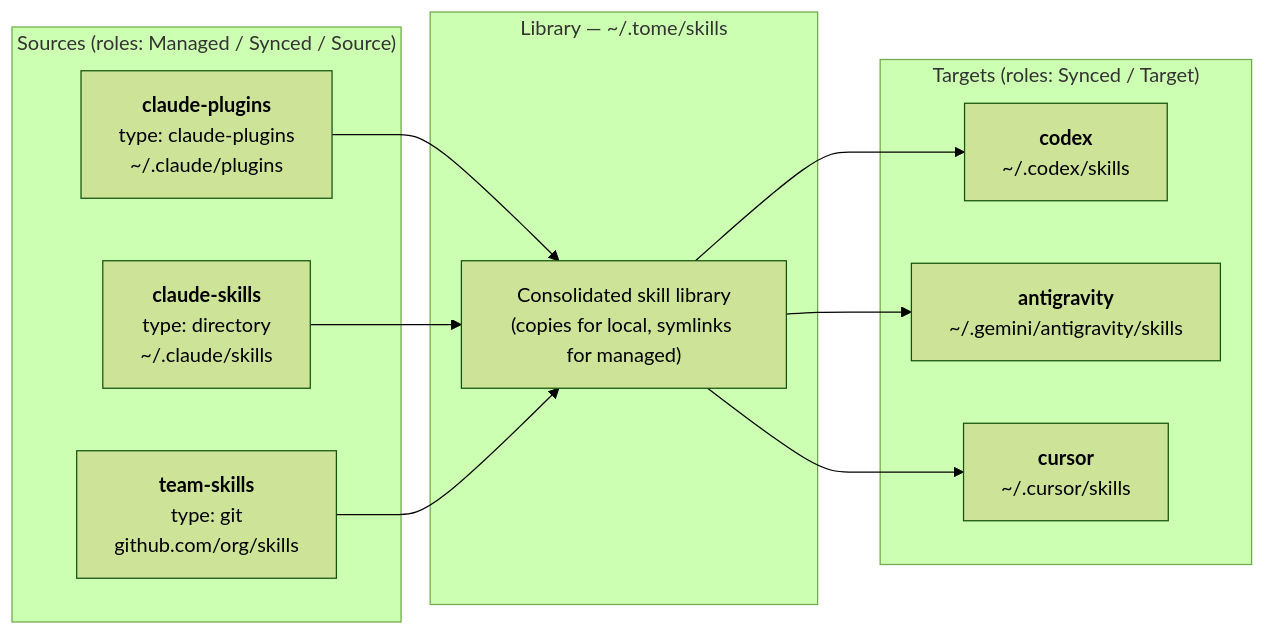
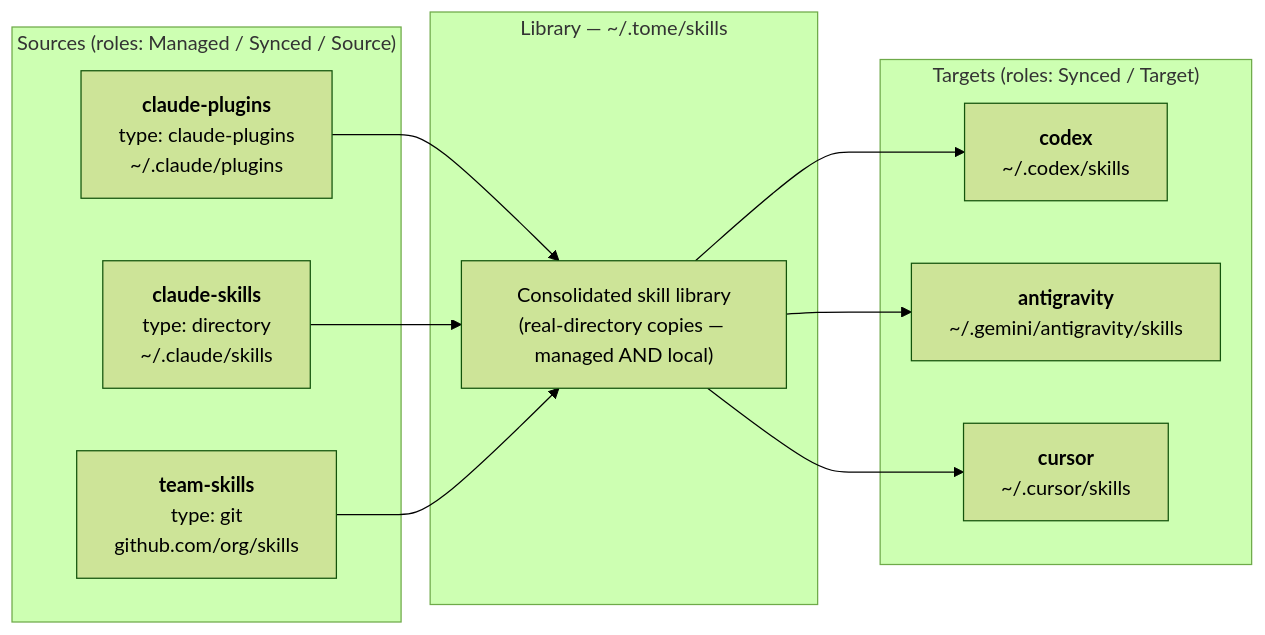
The diagram in docs/src/introduction.md (MartinP7r/tome), drawn with Mermaid (forest theme) before and after one commit. The commit also changed other lines of this file and 4 other files, not shown here.

````diff
--- a/docs/src/introduction.md
+++ b/docs/src/introduction.md
@@ -39,25 +39,25 @@
 ```mermaid
 graph LR
     subgraph Sources["Sources (roles: Managed / Synced / Source)"]
         S1["<b>claude-plugins</b><br/>type: claude-plugins<br/>~/.claude/plugins"]
         S2["<b>claude-skills</b><br/>type: directory<br/>~/.claude/skills"]
         S3["<b>team-skills</b><br/>type: git<br/>github.com/org/skills"]
     end
 
     subgraph Library["Library — ~/.tome/skills"]
-        L["Consolidated skill library<br/>(copies for local, symlinks for managed)"]
+        L["Consolidated skill library<br/>(real-directory copies — managed AND local)"]
     end
 
     subgraph Targets["Targets (roles: Synced / Target)"]
         T1["<b>codex</b><br/>~/.codex/skills"]
         T2["<b>antigravity</b><br/>~/.gemini/antigravity/skills"]
         T3["<b>cursor</b><br/>~/.cursor/skills"]
     end
 
     S1 --> L
     S2 --> L
     S3 --> L
     L --> T1
     L --> T2
     L --> T3
 ```
````
